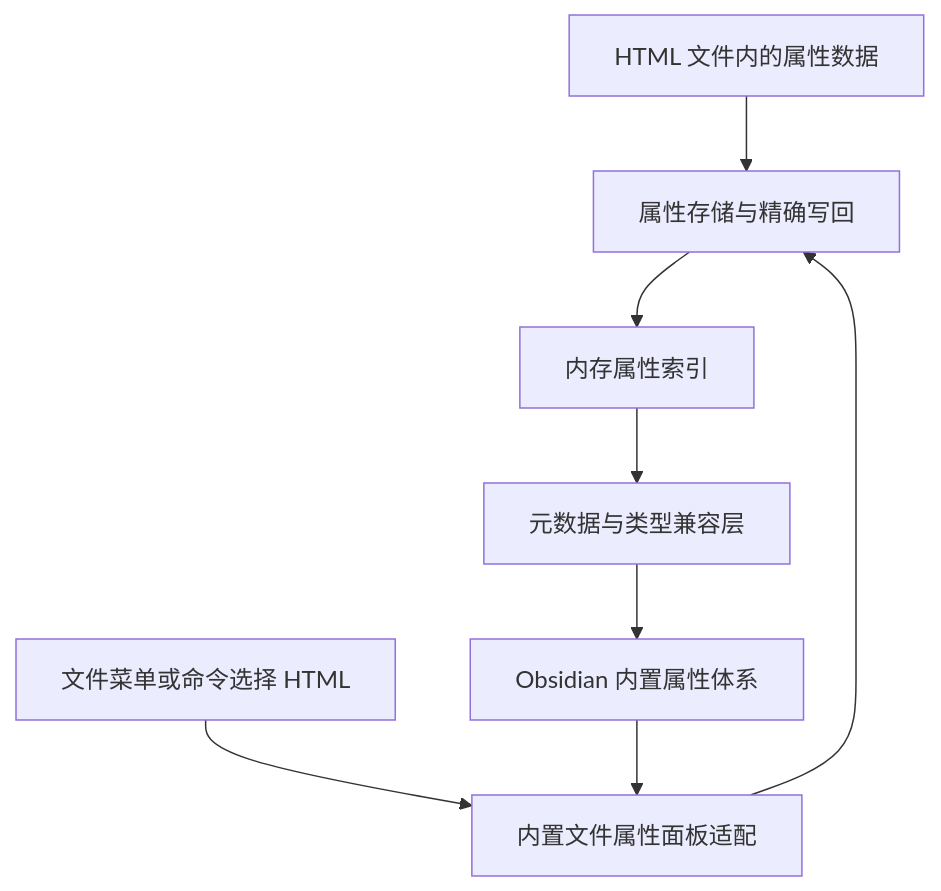
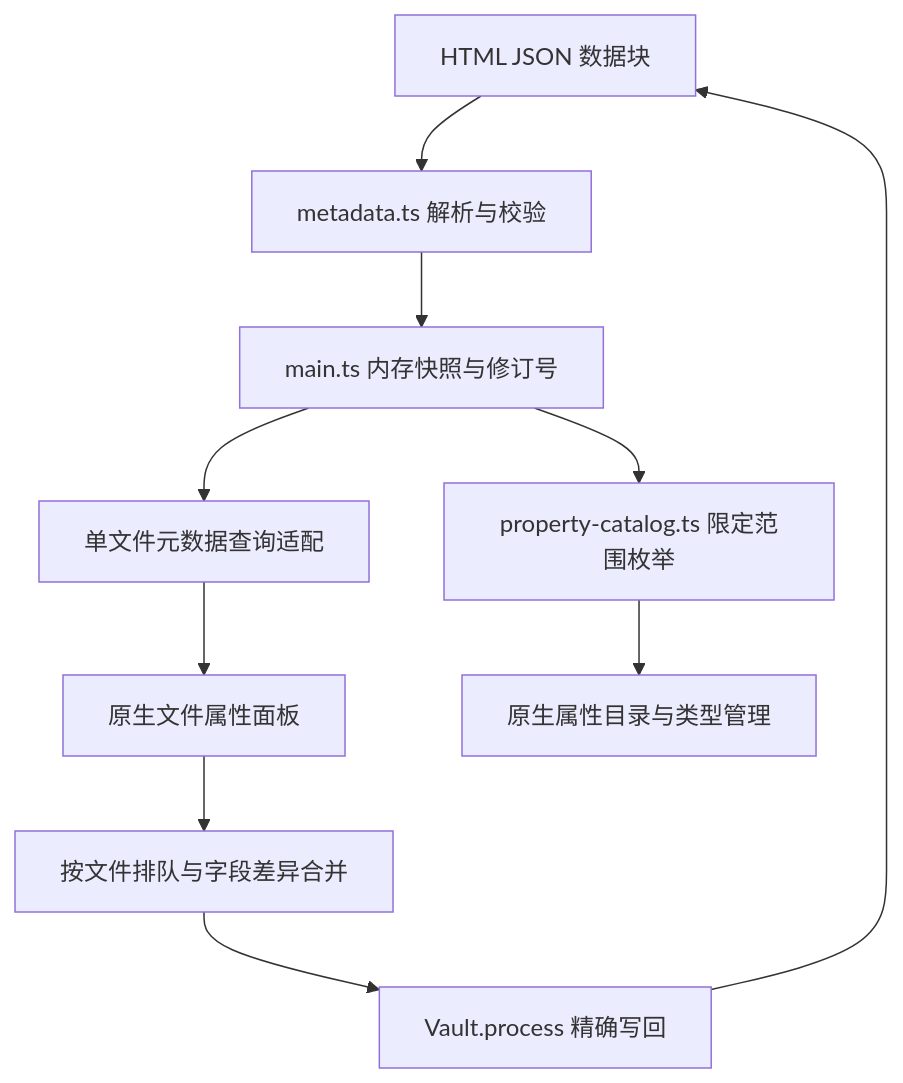
One commit to THhapp/obsidian-html-frontmatter changed the diagram in docs/frontmatter-architecture.md. Above: the diagram before and after it, drawn with Mermaid. The commit also changed other lines of this file and 16 other files, not shown here.

Commit message:
docs: consolidate plugin scope and remove retired graph research

````diff
--- a/docs/frontmatter-architecture.md
+++ b/docs/frontmatter-architecture.md
@@ -122,10 +40,12 @@
 ```mermaid
 flowchart TD
-    File[HTML 文件内的属性数据] --> Store[属性存储与精确写回]
-    Store --> Index[内存属性索引]
-    Index --> Metadata[元数据与类型兼容层]
-    Metadata --> Native[Obsidian 内置属性体系]
-    Entry[文件菜单或命令选择 HTML] --> Panel[内置文件属性面板适配]
-    Native --> Panel
-    Panel --> Store
+    File[HTML JSON 数据块] --> Parser[metadata.ts 解析与校验]
+    Parser --> Index[main.ts 内存快照与修订号]
+    Index --> Cache[单文件元数据查询适配]
+    Index --> Catalog[property-catalog.ts 限定范围枚举]
+    Cache --> Panel[原生文件属性面板]
+    Catalog --> Native[原生属性目录与类型管理]
+    Panel --> Queue[按文件排队与字段差异合并]
+    Queue --> Write[Vault.process 精确写回]
+    Write --> File
 ```
````
